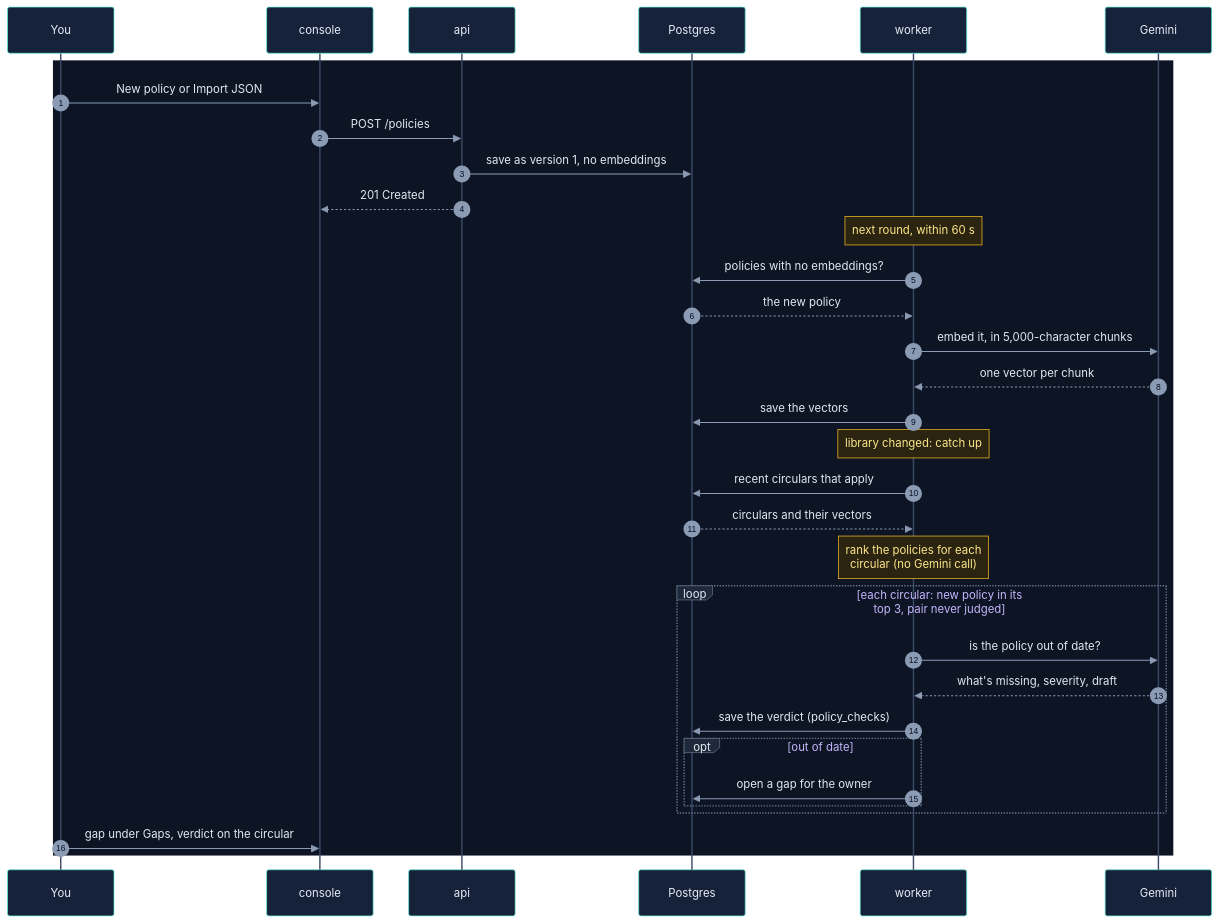
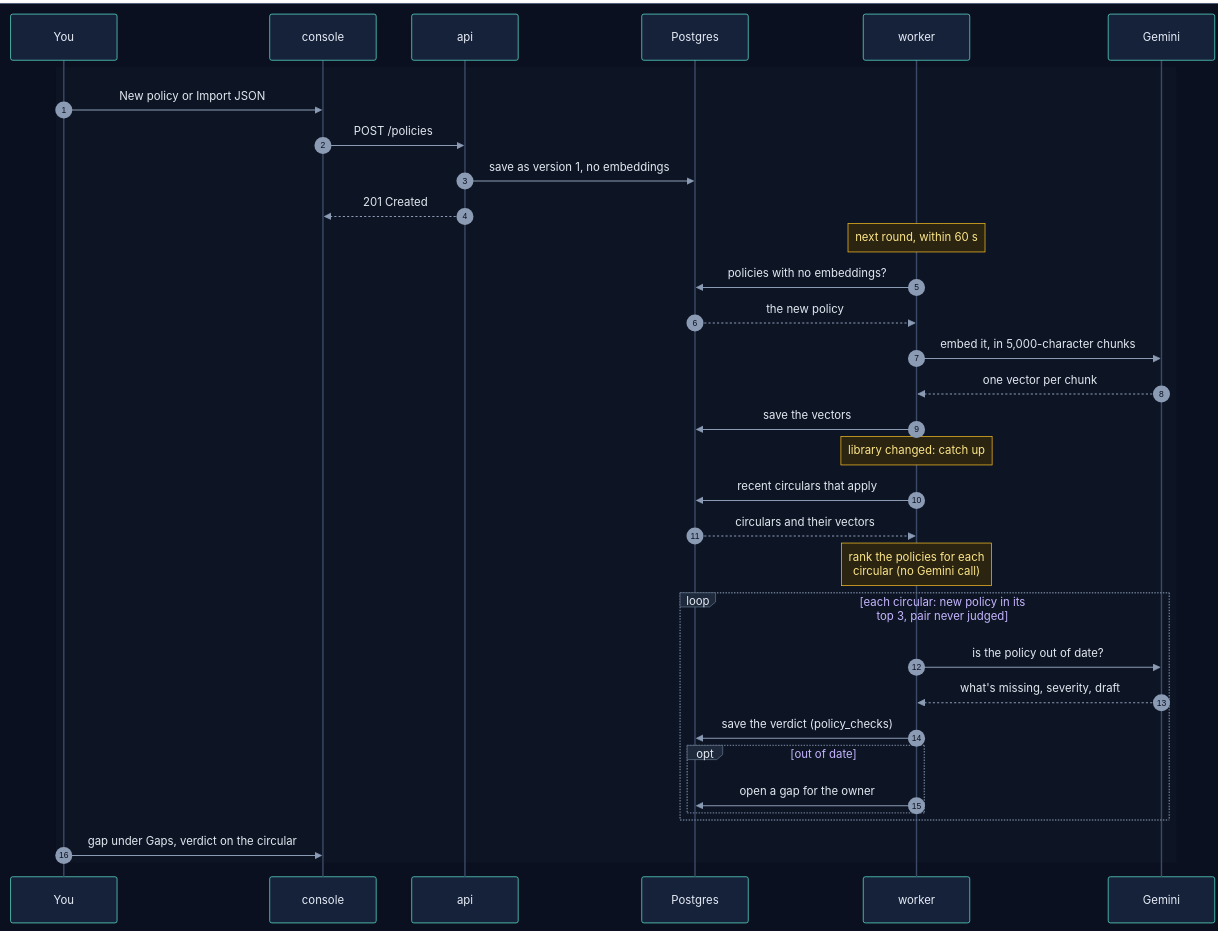
One commit to selvakumarperumal/Regulatory_Circular_Impact_Agent changed the tenth of 21 diagrams in how_it_works.md. Above: the diagram before and after it, drawn with Mermaid. The commit also changed other lines of this file and 1 other file, not shown here.

````diff
--- a/how_it_works.md
+++ b/how_it_works.md
@@ -575,37 +612,39 @@
 ```mermaid
-%%{init: {"theme": "base", "themeVariables": {"darkMode": true, "primaryColor": "#16213a", "primaryTextColor": "#e6edf7", "primaryBorderColor": "#475a7a", "lineColor": "#8b9bb4", "secondaryColor": "#1b2436", "tertiaryColor": "#101a2e", "edgeLabelBackground": "#0f172a", "textColor": "#e2e8f0", "actorBkg": "#16213a", "actorBorder": "#5eead4", "actorTextColor": "#e6edf7", "actorLineColor": "#3b4a66", "signalColor": "#8b9bb4", "signalTextColor": "#e2e8f0", "noteBkgColor": "#2a2410", "noteBorderColor": "#fbbf24", "noteTextColor": "#fde68a", "labelBoxBkgColor": "#1e293b", "labelBoxBorderColor": "#64748b", "labelTextColor": "#e2e8f0", "loopTextColor": "#c4b5fd", "sequenceNumberColor": "#0b1020", "activationBkgColor": "#1e293b"}}}%%
+%%{init: {"theme": "base", "sequence": {"diagramMarginX": 0, "diagramMarginY": 0}, "themeVariables": {"darkMode": true, "primaryColor": "#16213a", "primaryTextColor": "#e6edf7", "primaryBorderColor": "#475a7a", "lineColor": "#8b9bb4", "secondaryColor": "#1b2436", "tertiaryColor": "#101a2e", "edgeLabelBackground": "#0f172a", "textColor": "#e2e8f0", "actorBkg": "#16213a", "actorBorder": "#5eead4", "actorTextColor": "#e6edf7", "actorLineColor": "#3b4a66", "signalColor": "#8b9bb4", "signalTextColor": "#e2e8f0", "noteBkgColor": "#2a2410", "noteBorderColor": "#fbbf24", "noteTextColor": "#fde68a", "labelBoxBkgColor": "#1e293b", "labelBoxBorderColor": "#64748b", "labelTextColor": "#e2e8f0", "loopTextColor": "#c4b5fd", "sequenceNumberColor": "#0b1020", "activationBkgColor": "#1e293b"}}}%%
 sequenceDiagram
     autonumber
-    participant U as You
-    participant F as console
-    participant A as api
-    participant DB as Postgres
-    participant K as worker
-    participant G as Gemini
+    box rgb(11, 16, 32)
+        participant U as You
+        participant F as console
+        participant A as api
+        participant DB as Postgres
+        participant K as worker
+        participant G as Gemini
+    end
 
     rect rgb(13, 20, 36)
         U->>F: New policy or Import JSON
         F->>A: POST /policies
         A->>DB: save as version 1, no embeddings
         A-->>F: 201 Created
         Note over K: next round, within 60 s
         K->>DB: policies with no embeddings?
         DB-->>K: the new policy
         K->>G: embed it, in 5,000-character chunks
         G-->>K: one vector per chunk
         K->>DB: save the vectors
         Note over K: library changed: catch up
         K->>DB: recent circulars that apply
         DB-->>K: circulars and their vectors
         Note over K: rank the policies for each<br/>circular (no Gemini call)
         loop each circular: new policy in its top 3, pair never judged
             K->>G: is the policy out of date?
             G-->>K: what's missing, severity, draft
             K->>DB: save the verdict (policy_checks)
             opt out of date
                 K->>DB: open a gap for the owner
             end
         end
         U->>F: gap under Gaps, verdict on the circular
     end
 ```
````
